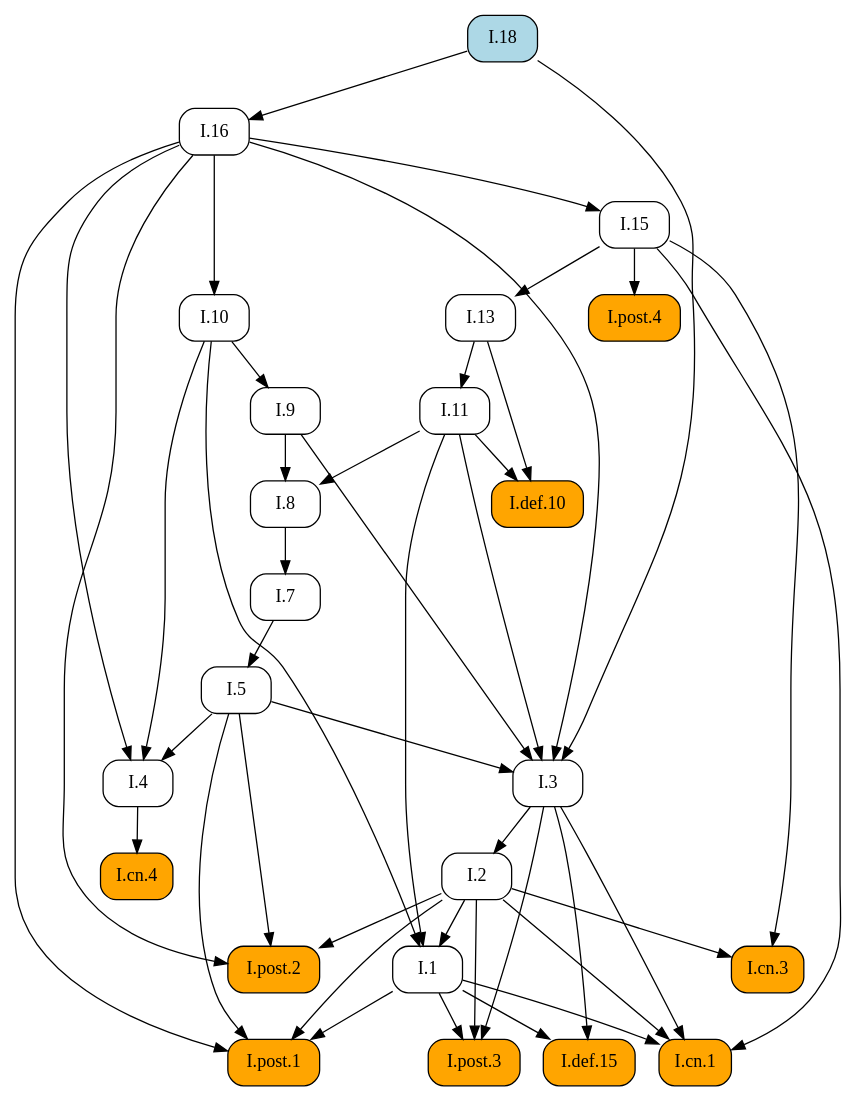
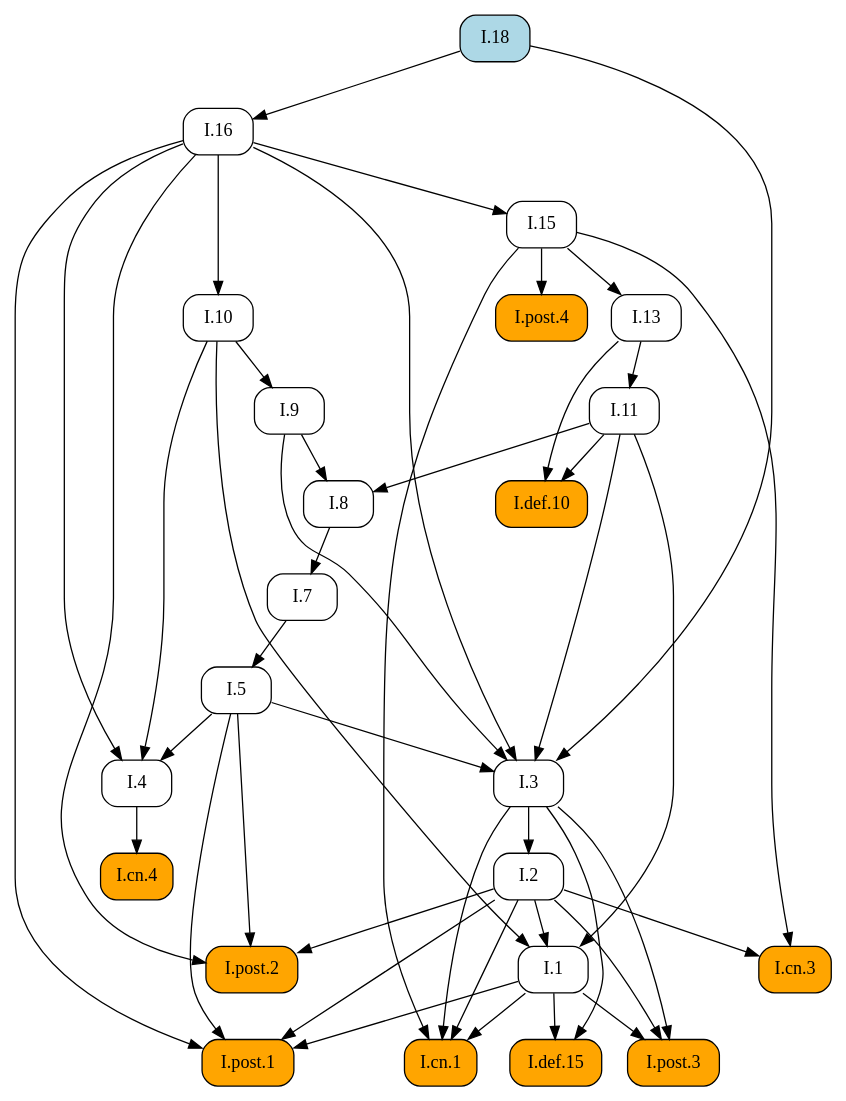
The diagram in docsrc/heath/I/18/index.rst (geometor/elements), drawn with Graphviz before and after one commit. The commit also changed other lines of this file and 484 other files, not shown here.

```diff
--- a/docsrc/heath/I/18/index.rst
+++ b/docsrc/heath/I/18/index.rst
@@ -51,73 +51,73 @@
 .. graphviz::
 
    digraph {
      rankdir="TB";
      node [shape=box, style=rounded];
+     "I.9" [URL="/heath/I/9/", target="_top"];
+     "I.cn.1" [style="rounded,filled", fillcolor=orange, URL="/heath/I/cn.1/", target="_top"];
+     "I.7" [URL="/heath/I/7/", target="_top"];
+     "I.2" [URL="/heath/I/2/", target="_top"];
+     "I.def.15" [style="rounded,filled", fillcolor=orange, URL="/heath/I/def.15/", target="_top"];
+     "I.13" [URL="/heath/I/13/", target="_top"];
+     "I.post.4" [style="rounded,filled", fillcolor=orange, URL="/heath/I/post.4/", target="_top"];
+     "I.4" [URL="/heath/I/4/", target="_top"];
+     "I.1" [URL="/heath/I/1/", target="_top"];
+     "I.post.3" [style="rounded,filled", fillcolor=orange, URL="/heath/I/post.3/", target="_top"];
+     "I.post.1" [style="rounded,filled", fillcolor=orange, URL="/heath/I/post.1/", target="_top"];
+     "I.5" [URL="/heath/I/5/", target="_top"];
+     "I.8" [URL="/heath/I/8/", target="_top"];
+     "I.cn.3" [style="rounded,filled", fillcolor=orange, URL="/heath/I/cn.3/", target="_top"];
+     "I.16" [URL="/heath/I/16/", target="_top"];
      "I.def.10" [style="rounded,filled", fillcolor=orange, URL="/heath/I/def.10/", target="_top"];
+     "I.15" [URL="/heath/I/15/", target="_top"];
+     "I.18" [style="rounded,filled", fillcolor=lightblue, URL="/heath/I/18/", target="_top"];
+     "I.10" [URL="/heath/I/10/", target="_top"];
      "I.11" [URL="/heath/I/11/", target="_top"];
-     "I.post.4" [style="rounded,filled", fillcolor=orange, URL="/heath/I/post.4/", target="_top"];
-     "I.1" [URL="/heath/I/1/", target="_top"];
-     "I.7" [URL="/heath/I/7/", target="_top"];
+     "I.cn.4" [style="rounded,filled", fillcolor=orange, URL="/heath/I/cn.4/", target="_top"];
+     "I.post.2" [style="rounded,filled", fillcolor=orange, URL="/heath/I/post.2/", target="_top"];
      "I.3" [URL="/heath/I/3/", target="_top"];
-     "I.2" [URL="/heath/I/2/", target="_top"];
-     "I.4" [URL="/heath/I/4/", target="_top"];
-     "I.13" [URL="/heath/I/13/", target="_top"];
-     "I.post.2" [style="rounded,filled", fillcolor=orange, URL="/heath/I/post.2/", target="_top"];
-     "I.18" [style="rounded,filled", fillcolor=lightblue, URL="/heath/I/18/", target="_top"];
-     "I.16" [URL="/heath/I/16/", target="_top"];
-     "I.def.15" [style="rounded,filled", fillcolor=orange, URL="/heath/I/def.15/", target="_top"];
-     "I.9" [URL="/heath/I/9/", target="_top"];
-     "I.post.3" [style="rounded,filled", fillcolor=orange, URL="/heath/I/post.3/", target="_top"];
-     "I.cn.1" [style="rounded,filled", fillcolor=orange, URL="/heath/I/cn.1/", target="_top"];
-     "I.cn.3" [style="rounded,filled", fillcolor=orange, URL="/heath/I/cn.3/", target="_top"];
-     "I.8" [URL="/heath/I/8/", target="_top"];
-     "I.cn.4" [style="rounded,filled", fillcolor=orange, URL="/heath/I/cn.4/", target="_top"];
-     "I.15" [URL="/heath/I/15/", target="_top"];
-     "I.post.1" [style="rounded,filled", fillcolor=orange, URL="/heath/I/post.1/", target="_top"];
-     "I.10" [URL="/heath/I/10/", target="_top"];
-     "I.5" [URL="/heath/I/5/", target="_top"];
-     "I.11" -> "I.def.10";
-     "I.13" -> "I.def.10";
-     "I.13" -> "I.11";
+     "I.10" -> "I.9";
+     "I.1" -> "I.cn.1";
+     "I.2" -> "I.cn.1";
+     "I.3" -> "I.cn.1";
+     "I.15" -> "I.cn.1";
+     "I.8" -> "I.7";
+     "I.3" -> "I.2";
+     "I.1" -> "I.def.15";
+     "I.3" -> "I.def.15";
+     "I.15" -> "I.13";
      "I.15" -> "I.post.4";
+     "I.5" -> "I.4";
+     "I.10" -> "I.4";
+     "I.16" -> "I.4";
      "I.2" -> "I.1";
      "I.10" -> "I.1";
      "I.11" -> "I.1";
-     "I.8" -> "I.7";
+     "I.1" -> "I.post.3";
+     "I.2" -> "I.post.3";
+     "I.3" -> "I.post.3";
+     "I.1" -> "I.post.1";
+     "I.2" -> "I.post.1";
+     "I.5" -> "I.post.1";
+     "I.16" -> "I.post.1";
+     "I.7" -> "I.5";
+     "I.9" -> "I.8";
+     "I.11" -> "I.8";
+     "I.2" -> "I.cn.3";
+     "I.15" -> "I.cn.3";
+     "I.18" -> "I.16";
+     "I.11" -> "I.def.10";
+     "I.13" -> "I.def.10";
+     "I.16" -> "I.15";
+     "I.16" -> "I.10";
+     "I.13" -> "I.11";
+     "I.4" -> "I.cn.4";
+     "I.2" -> "I.post.2";
+     "I.5" -> "I.post.2";
+     "I.16" -> "I.post.2";
      "I.5" -> "I.3";
      "I.9" -> "I.3";
      "I.11" -> "I.3";
      "I.16" -> "I.3";
      "I.18" -> "I.3";
-     "I.3" -> "I.2";
-     "I.5" -> "I.4";
-     "I.10" -> "I.4";
-     "I.16" -> "I.4";
-     "I.15" -> "I.13";
-     "I.2" -> "I.post.2";
-     "I.5" -> "I.post.2";
-     "I.16" -> "I.post.2";
-     "I.18" -> "I.16";
-     "I.1" -> "I.def.15";
-     "I.3" -> "I.def.15";
-     "I.10" -> "I.9";
-     "I.1" -> "I.post.3";
-     "I.2" -> "I.post.3";
-     "I.3" -> "I.post.3";
-     "I.1" -> "I.cn.1";
-     "I.2" -> "I.cn.1";
-     "I.3" -> "I.cn.1";
-     "I.15" -> "I.cn.1";
-     "I.2" -> "I.cn.3";
-     "I.15" -> "I.cn.3";
-     "I.9" -> "I.8";
-     "I.11" -> "I.8";
-     "I.4" -> "I.cn.4";
-     "I.16" -> "I.15";
-     "I.1" -> "I.post.1";
-     "I.2" -> "I.post.1";
-     "I.5" -> "I.post.1";
-     "I.16" -> "I.post.1";
-     "I.16" -> "I.10";
-     "I.7" -> "I.5";
    }
```
